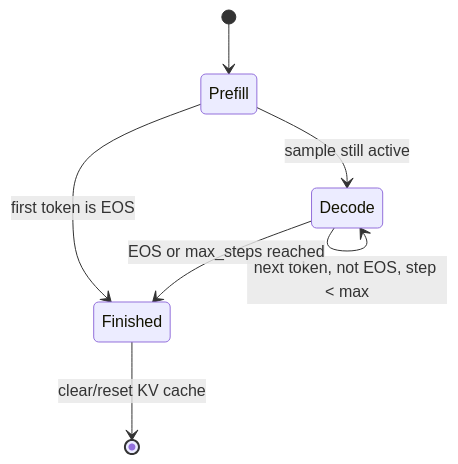
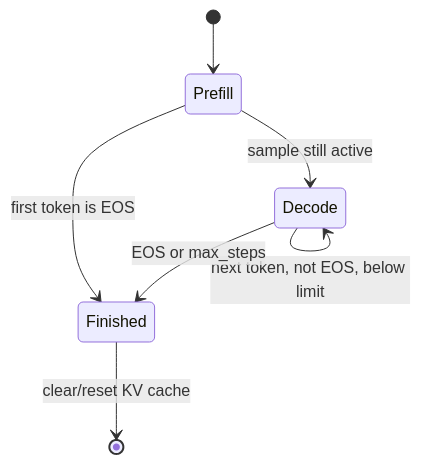
Before and after one commit to eagle-dai/easy_llm.cpp: the fourth of 9 diagrams in my/docs/easy_llm_guide.zh-CN.md, drawn with Mermaid. The commit also changed other lines of this file, not shown here.

Commit message:
docs: fix architecture boundaries and strengthen state ownership

````diff
--- a/my/docs/easy_llm_guide.zh-CN.md
+++ b/my/docs/easy_llm_guide.zh-CN.md
@@ -564,9 +645,9 @@
 ```mermaid
 stateDiagram-v2
     [*] --> Prefill
     Prefill --> Finished: first token is EOS
     Prefill --> Decode: sample still active
-    Decode --> Decode: next token, not EOS, step < max
-    Decode --> Finished: EOS or max_steps reached
+    Decode --> Decode: next token, not EOS, below limit
+    Decode --> Finished: EOS or max_steps
     Finished --> [*]: clear/reset KV cache
 ```
````
